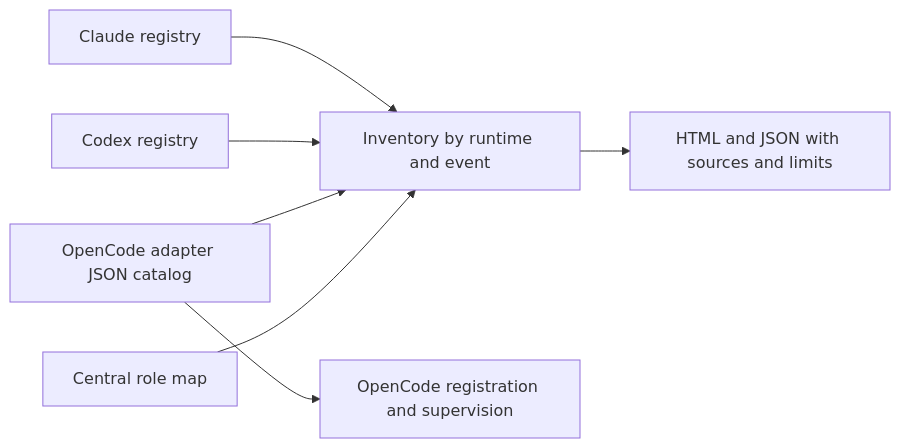
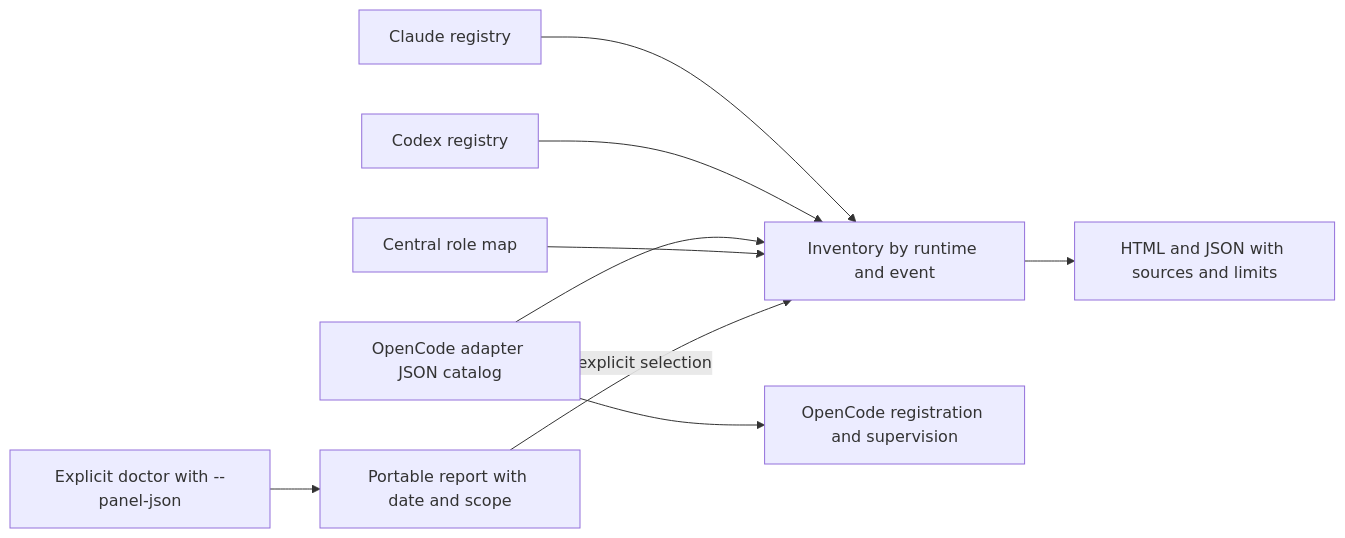
One commit to daycry/custom-agents changed diagram 17 of 17 in docs/en/FLOWS.md. Above: the diagram before and after it, drawn with Mermaid. The commit also changed 37 other files, not shown here.

Commit message:
feat: add explicit diagnostics to capability panel

````diff
--- a/docs/en/FLOWS.md
+++ b/docs/en/FLOWS.md
@@ -507,9 +507,11 @@
 ```mermaid
 flowchart LR
     Claude[Claude registry] --> Panel[Inventory by runtime and event]
     Codex[Codex registry] --> Panel
     Catalog[OpenCode adapter JSON catalog] --> Adapter[OpenCode registration and supervision]
     Catalog --> Panel
     Roles[Central role map] --> Panel
+    Doctor[Explicit doctor with --panel-json] --> Projection[Portable report with date and scope]
+    Projection -->|explicit selection| Panel
     Panel --> View[HTML and JSON with sources and limits]
 ```
````
